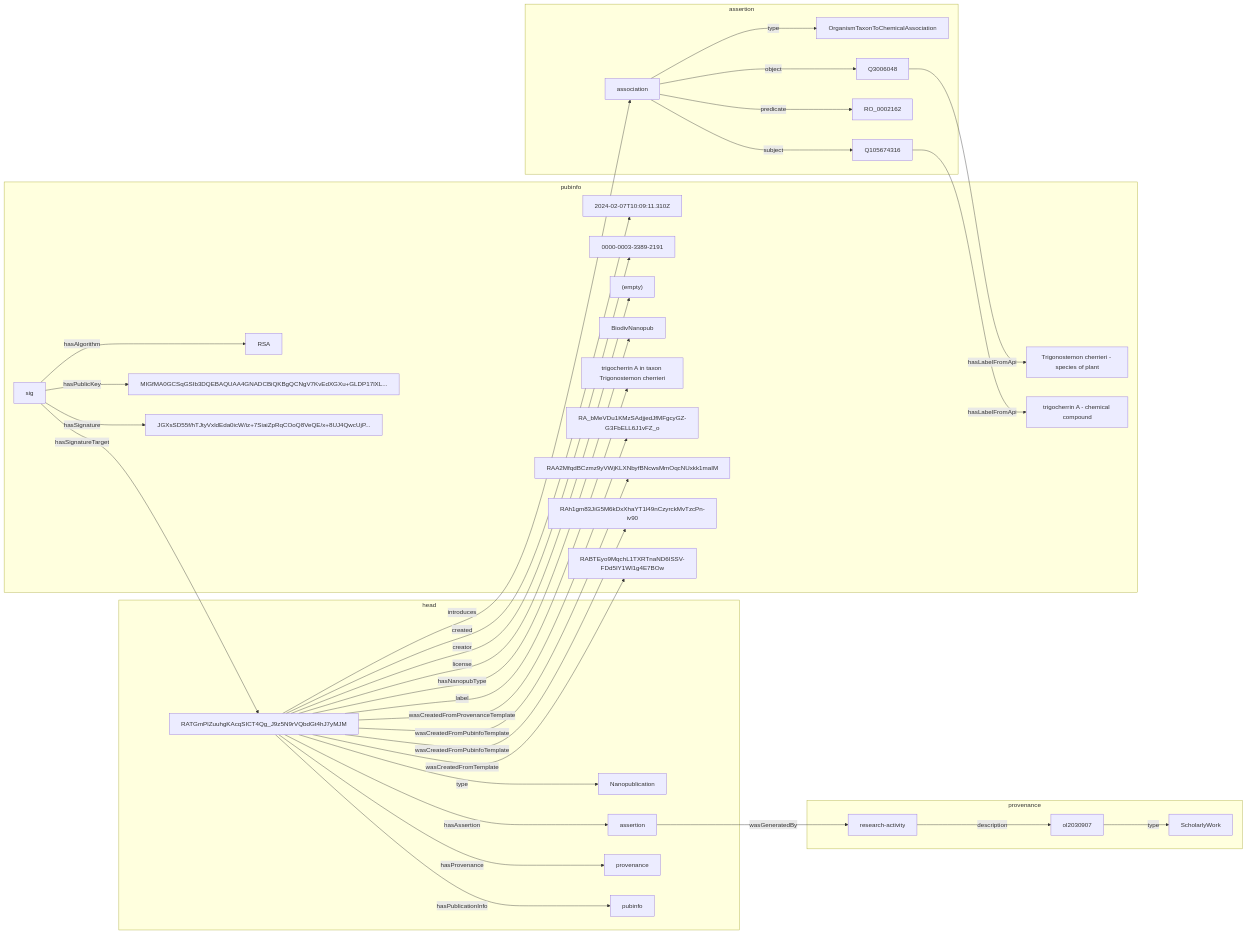
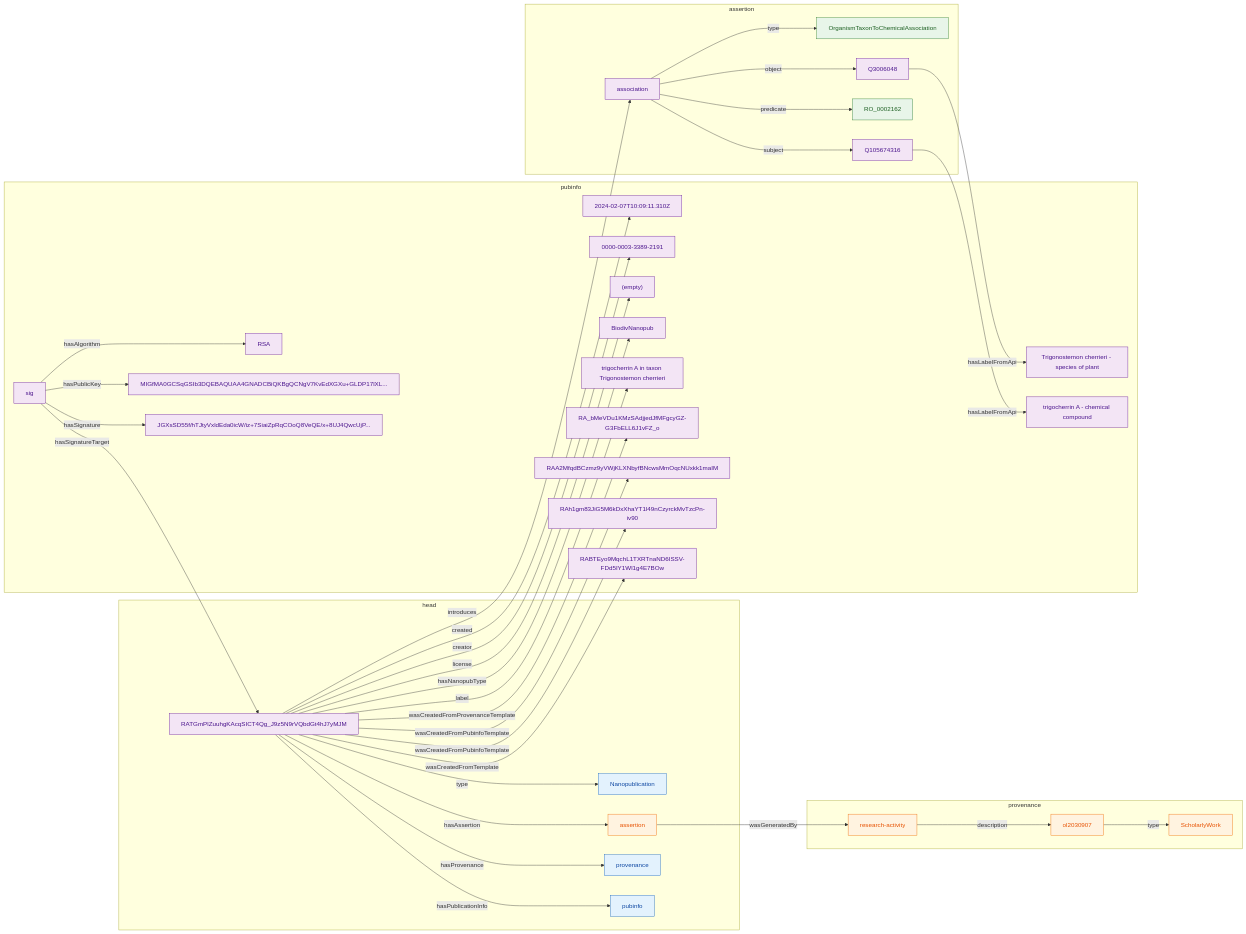
The diagram in np.mmd (oolonek/nanopub-pg), drawn with Mermaid before and after one commit. The commit also changed 2 other files, not shown here.

Commit message:
feat: Add Mermaid graph styling and grouping for improved visualization of Nanopublications

```diff
--- a/np.mmd
+++ b/np.mmd
@@ -1,69 +1,78 @@
 graph LR
+  classDef head fill:#E3F2FD,stroke:#1565C0,stroke-width:1px,color:#0D47A1;
+  classDef assertion fill:#E8F5E9,stroke:#2E7D32,stroke-width:1px,color:#1B5E20;
+  classDef provenance fill:#FFF3E0,stroke:#EF6C00,stroke-width:1px,color:#E65100;
+  classDef pubinfo fill:#F3E5F5,stroke:#6A1B9A,stroke-width:1px,color:#4A148C;
+  classDef other fill:#ECEFF1,stroke:#455A64,stroke-width:1px,color:#263238;
   subgraph head
     N0["RATGmPlZuuhgKAcqSICT4Qg_J9z5N9rVQbdGt4hJ7yMJM"]
     N1["Nanopublication"]
     N2["assertion"]
     N3["provenance"]
     N4["pubinfo"]
     N0 -- type --> N1
     N0 -- hasAssertion --> N2
     N0 -- hasProvenance --> N3
     N0 -- hasPublicationInfo --> N4
   end
   subgraph assertion
     N5["association"]
     N6["OrganismTaxonToChemicalAssociation"]
     N7["Q3006048"]
     N8["RO_0002162"]
     N9["Q105674316"]
     N5 -- type --> N6
     N5 -- object --> N7
     N5 -- predicate --> N8
     N5 -- subject --> N9
   end
   subgraph provenance
     N10["research-activity"]
     N11["ol2030907"]
     N12["ScholarlyWork"]
     N2["assertion"]
     N2 -- wasGeneratedBy --> N10
     N11 -- type --> N12
     N10 -- description --> N11
   end
   subgraph pubinfo
     N0["RATGmPlZuuhgKAcqSICT4Qg_J9z5N9rVQbdGt4hJ7yMJM"]
     N13["2024-02-07T10:09:11.310Z"]
     N14["0000-0003-3389-2191"]
     N15["(empty)"]
     N16["BiodivNanopub"]
     N17["trigocherrin A in taxon Trigonostemon cherrieri"]
     N18["RA_bMeVDu1KMzSAdjjedJfMFgcyGZ-G3FbELL6J1vFZ_o"]
     N19["RAA2MfqdBCzmz9yVWjKLXNbyfBNcwsMmOqcNUxkk1maIM"]
     N20["RAh1gm83JiG5M6kDxXhaYT1l49nCzyrckMvTzcPn-iv90"]
     N21["RABTEyo9MqchL1TXRTnaND6ISSV-FDd5IY1Wl1g4E7BOw"]
     N22["Trigonostemon cherrieri - species of plant"]
     N23["trigocherrin A - chemical compound"]
     N24["sig"]
     N25["RSA"]
     N26["MIGfMA0GCSqGSIb3DQEBAQUAA4GNADCBiQKBgQCNgV7KvEdXGXu+GLDP17lXL..."]
     N27["JGXsSD55f/hTJtyVxldEda0icW/iz+7SiaiZpRqCOoQ8VeQE/x+8UJ4QwcUjP..."]
     N5["association"]
     N7["Q3006048"]
     N9["Q105674316"]
     N0 -- created --> N13
     N0 -- creator --> N14
     N0 -- license --> N15
     N0 -- hasNanopubType --> N16
     N0 -- introduces --> N5
     N0 -- label --> N17
     N0 -- wasCreatedFromProvenanceTemplate --> N18
     N0 -- wasCreatedFromPubinfoTemplate --> N19
     N0 -- wasCreatedFromPubinfoTemplate --> N20
     N0 -- wasCreatedFromTemplate --> N21
     N7 -- hasLabelFromApi --> N22
     N9 -- hasLabelFromApi --> N23
     N24 -- hasAlgorithm --> N25
     N24 -- hasPublicKey --> N26
     N24 -- hasSignature --> N27
     N24 -- hasSignatureTarget --> N0
   end
+  class N0,N1,N2,N3,N4 head;
+  class N5,N6,N7,N8,N9 assertion;
+  class N10,N11,N12,N2 provenance;
+  class N0,N13,N14,N15,N16,N17,N18,N19,N20,N21,N22,N23,N24,N25,N26,N27,N5,N7,N9 pubinfo;
```
